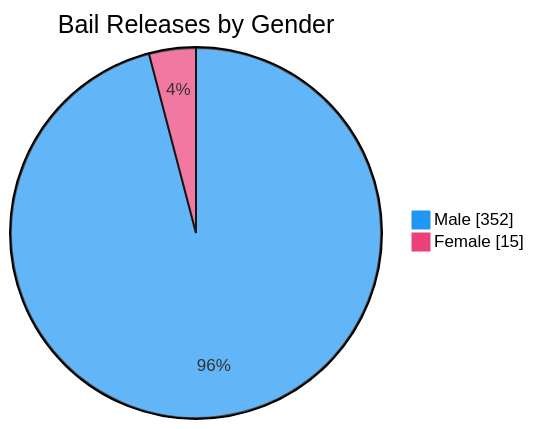
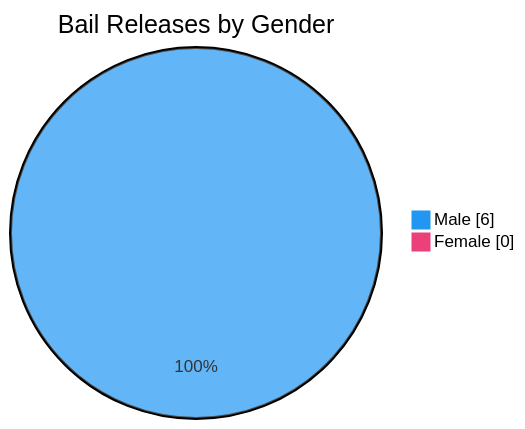
Before and after one commit to nuuuwan/lk_prisons: the seventh of 7 diagrams in README.md, drawn with Mermaid. The commit also changed other lines of this file and 1 other file, not shown here.

````diff
--- a/README.md
+++ b/README.md
@@ -109,6 +109,6 @@
 ```mermaid
 %%{init: {'themeVariables': {'pie1': '#2196F3', 'pie2': '#EC407A'}}}%%
 pie showData title Bail Releases by Gender
-    "Male" : 352
-    "Female" : 15
+    "Male" : 6
+    "Female" : 0
 ```
````
